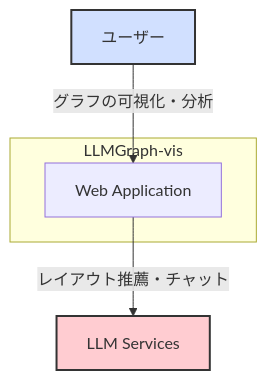
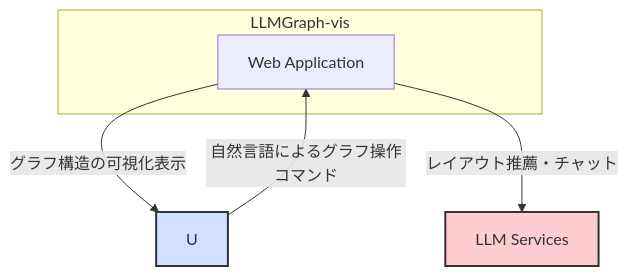
The first of 2 diagrams in specification/Architecture.md (vdslab/LLMGraphvis), drawn with Mermaid before and after one commit.

Commit message:
docs: コンテキスト図を更新し、可視化のやりとりを明確化
ユーザーからのフィードバックに基づき、C4モデルのコンテキスト図を更新しました。
ユーザーとWeb Application間のやりとりを、より具体的に「自然言語によるグラフ操作コマンド」と「グラフ構造の可視化表示」として双方向で記述し、システムのインタラクションを明確にしました。

````diff
--- a/specification/Architecture.md
+++ b/specification/Architecture.md
@@ -11,12 +11,13 @@
 ```mermaid
 graph TD
     subgraph "LLMGraph-vis"
         A[Web Application]
     end
 
-    U[ユーザー] -- "グラフの可視化・分析" --> A
+    U -- "自然言語によるグラフ操作コマンド" --> A
+    A -- "グラフ構造の可視化表示" --> U
     A -- "レイアウト推薦・チャット" --> LLM[LLM Services]
 
     style U fill:#d1e0ff,stroke:#333,stroke-width:2px
     style LLM fill:#ffccd1,stroke:#333,stroke-width:2px
 ```
````
